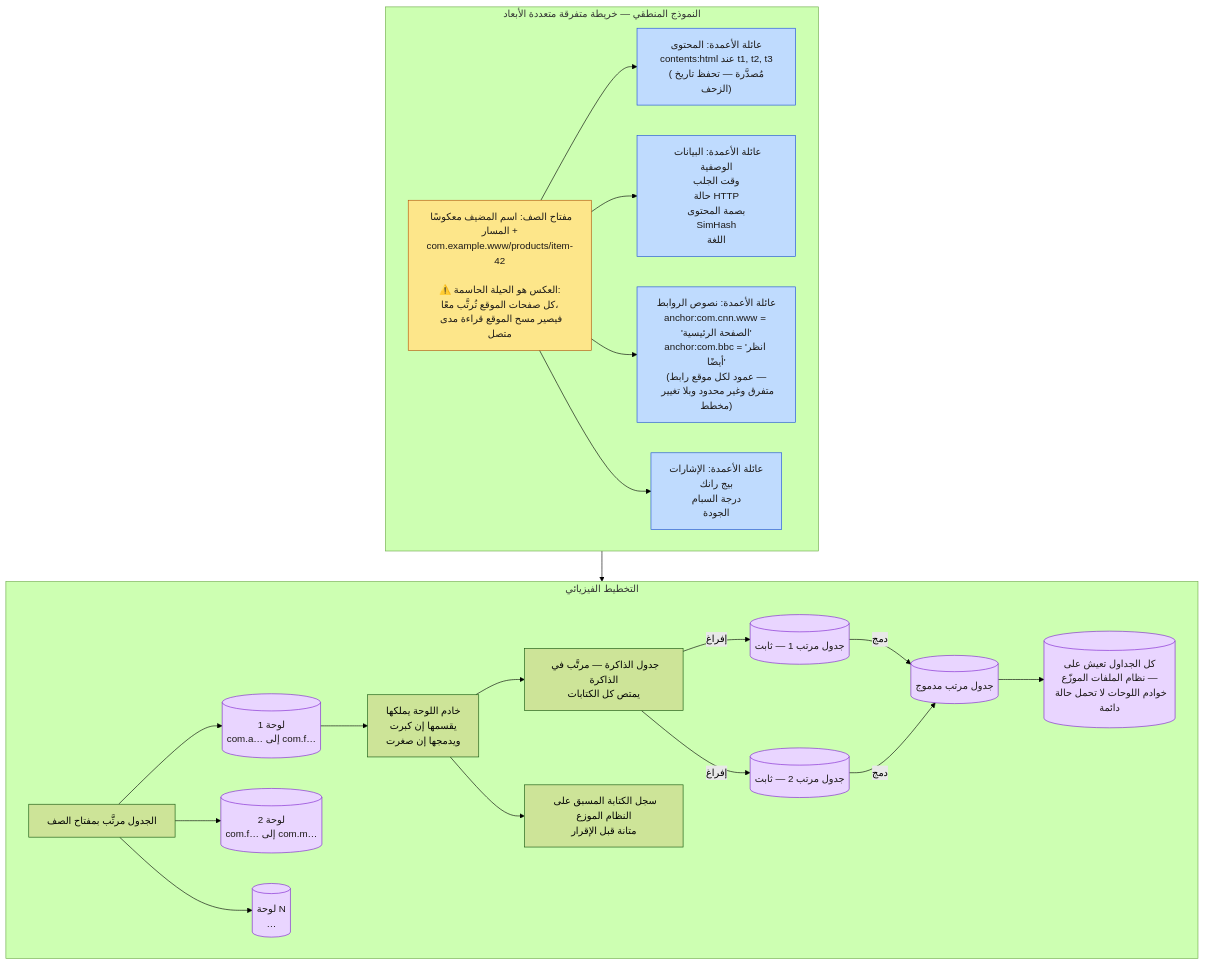
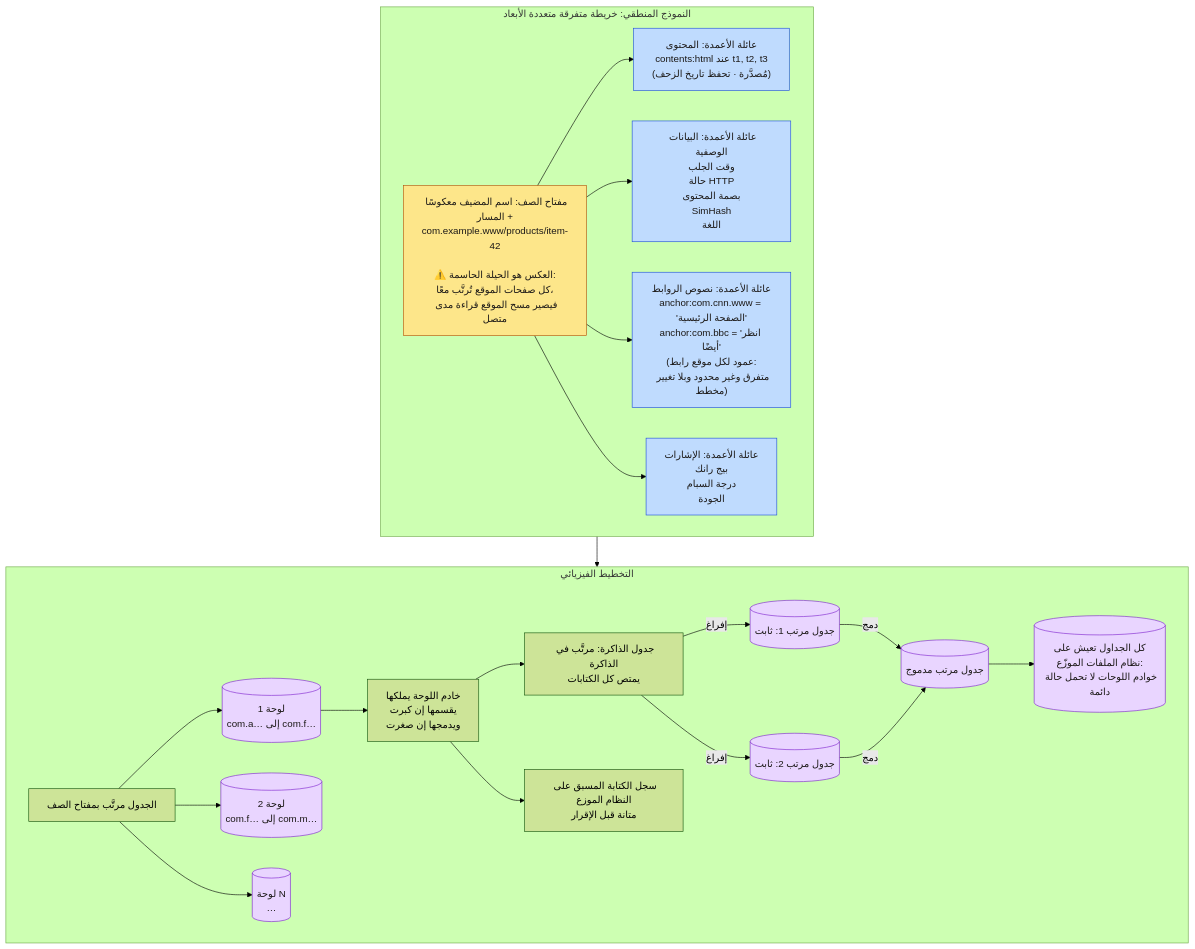
Before and after one commit to ahmedselimmansor-ctrl/google-search-system-design: the third of 5 diagrams in docs/ar/09-storage.md, drawn with Mermaid (forest theme). The commit also changed other lines of this file and 89 other files, not shown here.

````diff
--- a/docs/ar/09-storage.md
+++ b/docs/ar/09-storage.md
@@ -168,35 +168,35 @@
 ```mermaid
 flowchart TB
-    subgraph LOGICAL["النموذج المنطقي — خريطة متفرقة متعددة الأبعاد"]
+    subgraph LOGICAL["النموذج المنطقي: خريطة متفرقة متعددة الأبعاد"]
         RK["مفتاح الصف: اسم المضيف معكوسًا + المسار<br/>com.example.www/products/item-42<br/><br/>⚠️ العكس هو الحيلة الحاسمة:<br/>كل صفحات الموقع تُرتَّب معًا،<br/>فيصير مسح الموقع قراءة مدى متصل"]
 
-        RK --> CF1["عائلة الأعمدة: المحتوى<br/>contents:html عند t1, t2, t3<br/>(مُصدَّرة — تحفظ تاريخ الزحف)"]
+        RK --> CF1["عائلة الأعمدة: المحتوى<br/>contents:html عند t1, t2, t3<br/>(مُصدَّرة · تحفظ تاريخ الزحف)"]
         RK --> CF2["عائلة الأعمدة: البيانات الوصفية<br/>وقت الجلب<br/>حالة HTTP<br/>بصمة المحتوى<br/>SimHash<br/>اللغة"]
-        RK --> CF3["عائلة الأعمدة: نصوص الروابط<br/>anchor:com.cnn.www = 'الصفحة الرئيسية'<br/>anchor:com.bbc = 'انظر أيضًا'<br/>(عمود لكل موقع رابط —<br/>متفرق وغير محدود وبلا تغيير مخطط)"]
+        RK --> CF3["عائلة الأعمدة: نصوص الروابط<br/>anchor:com.cnn.www = 'الصفحة الرئيسية'<br/>anchor:com.bbc = 'انظر أيضًا'<br/>(عمود لكل موقع رابط:<br/>متفرق وغير محدود وبلا تغيير مخطط)"]
         RK --> CF4["عائلة الأعمدة: الإشارات<br/>بيج رانك<br/>درجة السبام<br/>الجودة"]
     end
 
     subgraph PHYSICAL["التخطيط الفيزيائي"]
         T["الجدول مرتَّب بمفتاح الصف"]
         T --> TB1[("لوحة 1<br/>com.a… إلى com.f…")]
         T --> TB2[("لوحة 2<br/>com.f… إلى com.m…")]
         T --> TB3[("لوحة N<br/>…")]
 
         TB1 --> TS["خادم اللوحة يملكها<br/>يقسمها إن كبرت<br/>ويدمجها إن صغرت"]
-        TS --> MEM["جدول الذاكرة — مرتَّب في الذاكرة<br/>يمتص كل الكتابات"]
+        TS --> MEM["جدول الذاكرة: مرتَّب في الذاكرة<br/>يمتص كل الكتابات"]
         TS --> WAL["سجل الكتابة المسبق على النظام الموزع<br/>متانة قبل الإقرار"]
-        MEM -->|"إفراغ"| SST1[("جدول مرتب 1 — ثابت")]
-        MEM -->|"إفراغ"| SST2[("جدول مرتب 2 — ثابت")]
+        MEM -->|"إفراغ"| SST1[("جدول مرتب 1: ثابت")]
+        MEM -->|"إفراغ"| SST2[("جدول مرتب 2: ثابت")]
         SST1 & SST2 -->|"دمج"| SST3[("جدول مرتب مدموج")]
-        SST3 --> DFS[("كل الجداول تعيش على<br/>نظام الملفات الموزّع —<br/>خوادم اللوحات لا تحمل حالة دائمة")]
+        SST3 --> DFS[("كل الجداول تعيش على<br/>نظام الملفات الموزّع:<br/>خوادم اللوحات لا تحمل حالة دائمة")]
     end
 
     LOGICAL --> PHYSICAL
 
     classDef key fill:#fde68a,stroke:#b45309,color:#1c1917
     classDef fam fill:#bfdbfe,stroke:#1d4ed8,color:#1c1917
     classDef phys fill:#e9d5ff,stroke:#7e22ce,color:#1c1917
     class RK key
     class CF1,CF2,CF3,CF4 fam
     class TB1,TB2,TB3,SST1,SST2,SST3,DFS phys
 ```
````
